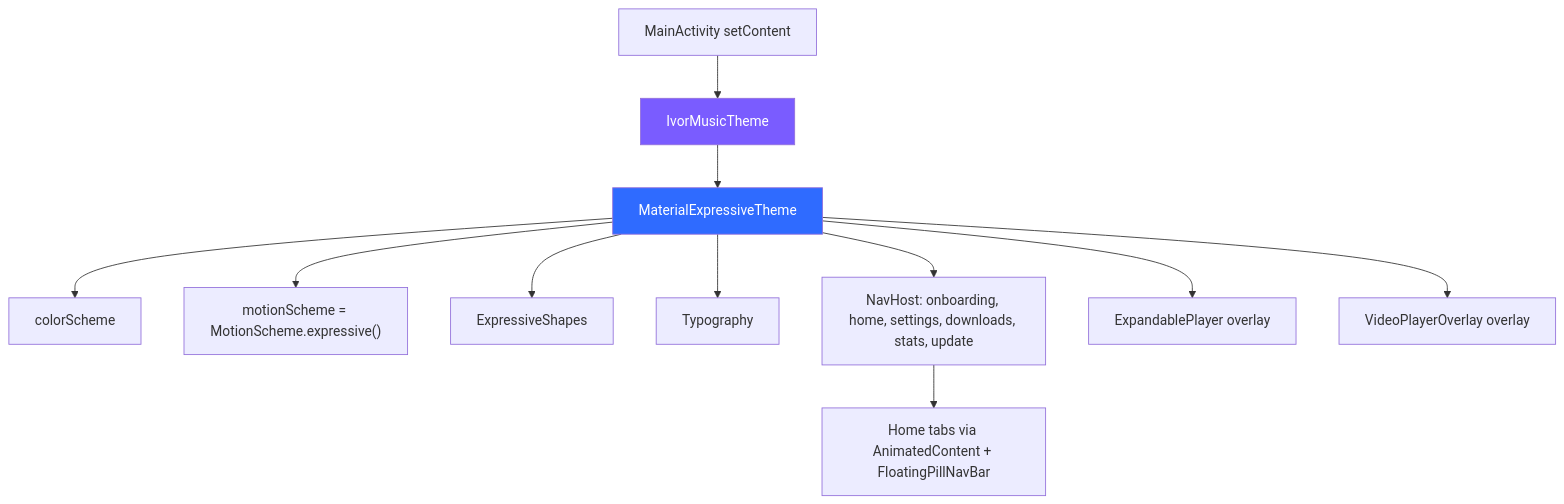
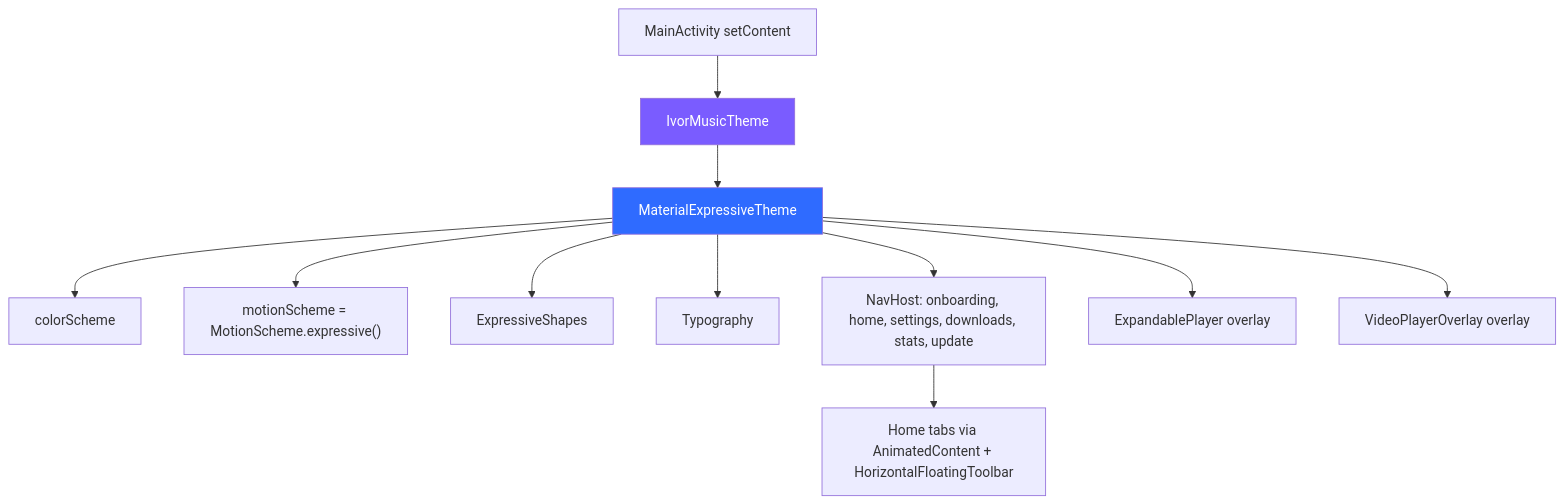
The first of 3 diagrams in DESIGN.md (Ivorisnoob/Koda), drawn with Mermaid before and after one commit. The commit also changed 23 other files, not shown here.

````diff
--- a/DESIGN.md
+++ b/DESIGN.md
@@ -59,16 +59,16 @@
 ```mermaid
 graph TD
     A[MainActivity setContent] --> B[IvorMusicTheme]
     B --> C[MaterialExpressiveTheme]
     C --> D[colorScheme]
     C --> E["motionScheme = MotionScheme.expressive()"]
     C --> F[ExpressiveShapes]
     C --> G[Typography]
     C --> H[NavHost: onboarding, home, settings, downloads, stats, update]
-    H --> I[Home tabs via AnimatedContent + FloatingPillNavBar]
+    H --> I[Home tabs via AnimatedContent + HorizontalFloatingToolbar]
     C --> J[ExpandablePlayer overlay]
     C --> K[VideoPlayerOverlay overlay]
 
     style C fill:#2F6BFF,color:#fff
     style B fill:#7A5CFF,color:#fff
 ```
````
